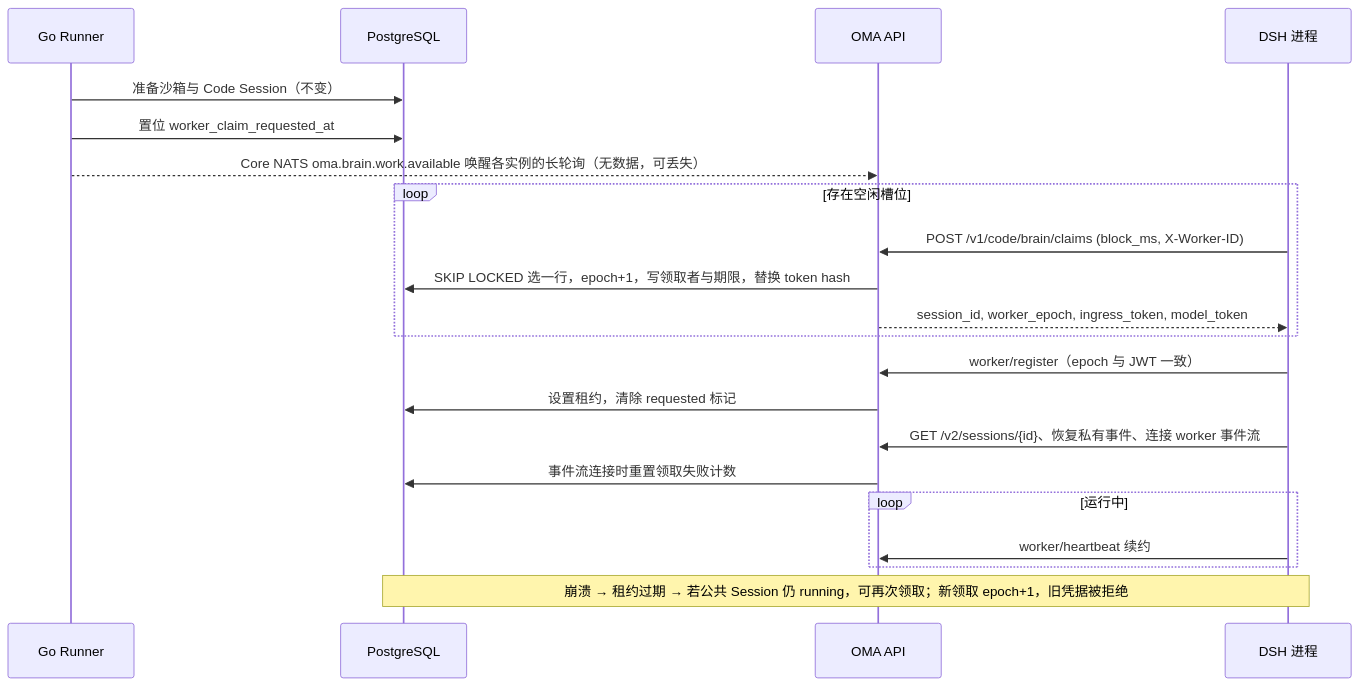
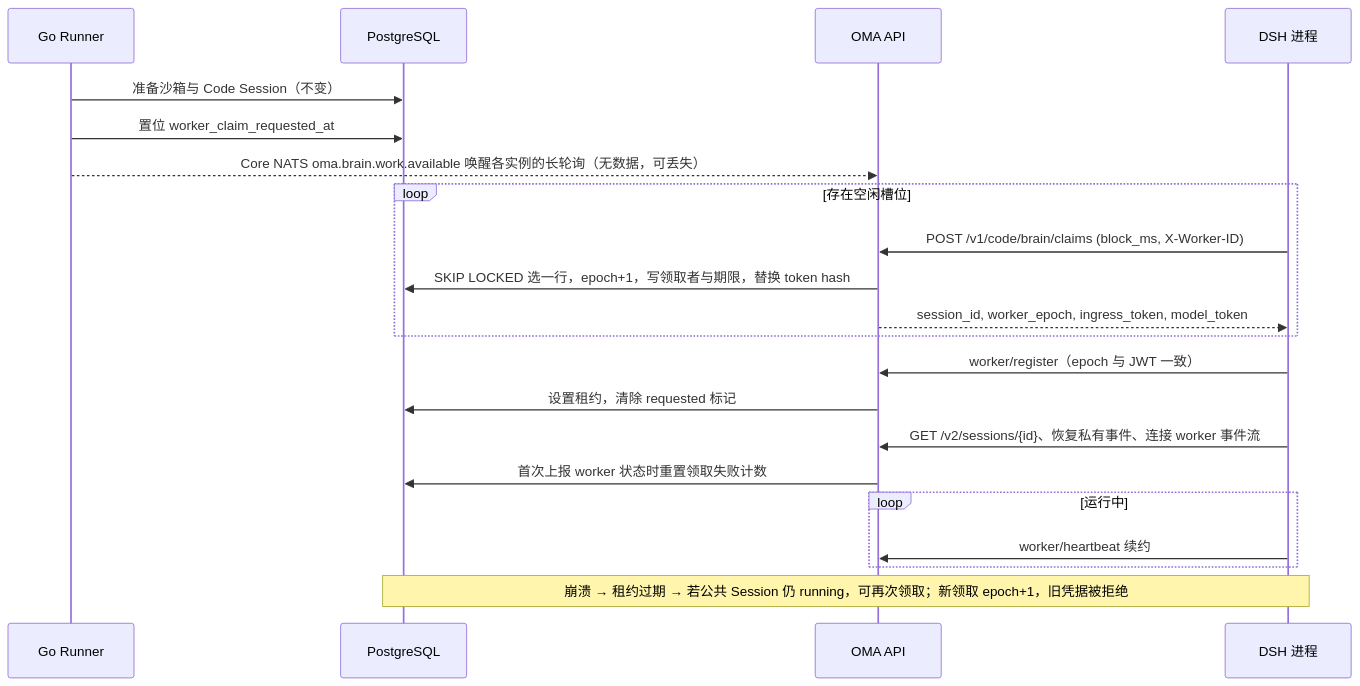
The first of 3 diagrams in docs/design/be/brain-worker-claim.md (superduck-ai/open-managed-agents), drawn with Mermaid before and after one commit. The commit also changed other lines of this file and 121 other files, not shown here.

````diff
--- a/docs/design/be/brain-worker-claim.md
+++ b/docs/design/be/brain-worker-claim.md
@@ -48,23 +48,23 @@
 ```mermaid
 sequenceDiagram
     participant R as Go Runner
     participant DB as PostgreSQL
     participant API as OMA API
     participant D as DSH 进程
     R->>DB: 准备沙箱与 Code Session（不变）
     R->>DB: 置位 worker_claim_requested_at
     R-->>API: Core NATS oma.brain.work.available 唤醒各实例的长轮询（无数据，可丢失）
     loop 存在空闲槽位
         D->>API: POST /v1/code/brain/claims (block_ms, X-Worker-ID)
         API->>DB: SKIP LOCKED 选一行，epoch+1，写领取者与期限，替换 token hash
         API-->>D: session_id, worker_epoch, ingress_token, model_token
     end
     D->>API: worker/register（epoch 与 JWT 一致）
     API->>DB: 设置租约，清除 requested 标记
     D->>API: GET /v2/sessions/{id}、恢复私有事件、连接 worker 事件流
-    API->>DB: 事件流连接时重置领取失败计数
+    API->>DB: 首次上报 worker 状态时重置领取失败计数
     loop 运行中
         D->>API: worker/heartbeat 续约
     end
     Note over D,DB: 崩溃 → 租约过期 → 若公共 Session 仍 running，可再次领取；新领取 epoch+1，旧凭据被拒绝
 ```
````
